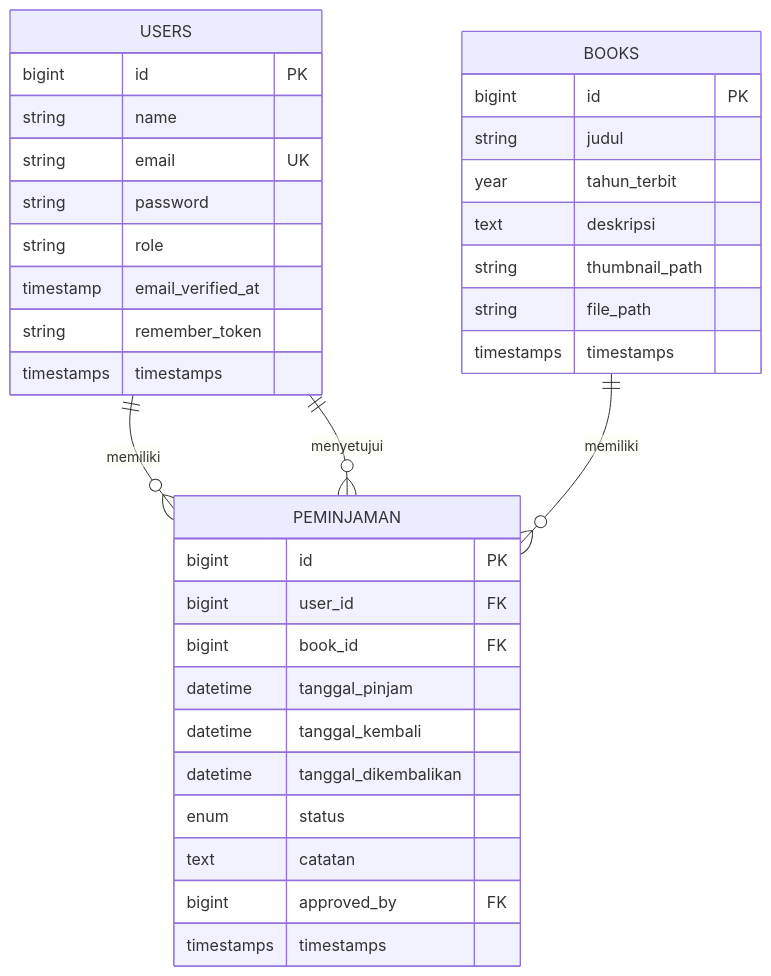
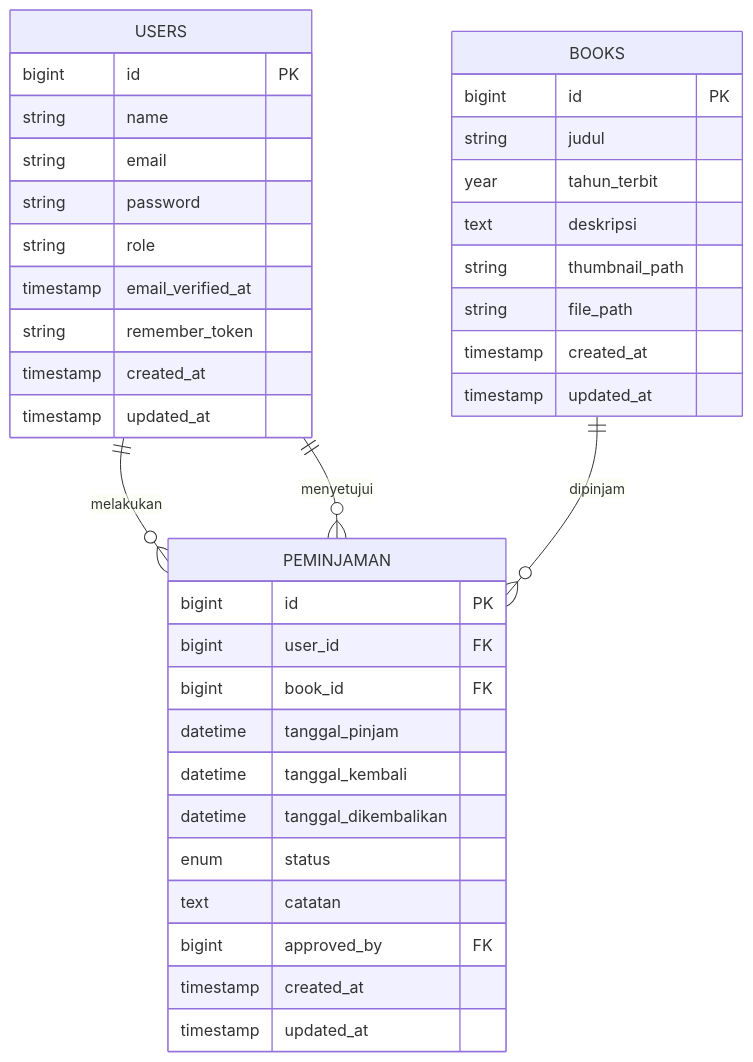
The diagram in database_structure.md (bimapopo345/Perpustakaan-Bldsp), drawn with Mermaid before and after one commit. The commit also changed other lines of this file and 6 other files, not shown here.

````diff
--- a/database_structure.md
+++ b/database_structure.md
@@ -5,40 +193,43 @@
 ```mermaid
 erDiagram
-    USERS ||--o{ PEMINJAMAN : memiliki
-    BOOKS ||--o{ PEMINJAMAN : memiliki
-    USERS ||--o{ PEMINJAMAN : menyetujui
+    USERS ||--o{ PEMINJAMAN : "melakukan"
+    USERS ||--o{ PEMINJAMAN : "menyetujui"
+    BOOKS ||--o{ PEMINJAMAN : "dipinjam"
 
     USERS {
         bigint id PK
         string name
-        string email UK
+        string email
         string password
         string role
         timestamp email_verified_at
         string remember_token
-        timestamps timestamps
+        timestamp created_at
+        timestamp updated_at
     }
 
     BOOKS {
         bigint id PK
         string judul
         year tahun_terbit
         text deskripsi
         string thumbnail_path
         string file_path
-        timestamps timestamps
+        timestamp created_at
+        timestamp updated_at
     }
 
     PEMINJAMAN {
         bigint id PK
         bigint user_id FK
         bigint book_id FK
         datetime tanggal_pinjam
         datetime tanggal_kembali
         datetime tanggal_dikembalikan
         enum status
         text catatan
         bigint approved_by FK
-        timestamps timestamps
+        timestamp created_at
+        timestamp updated_at
     }
 ```
````
